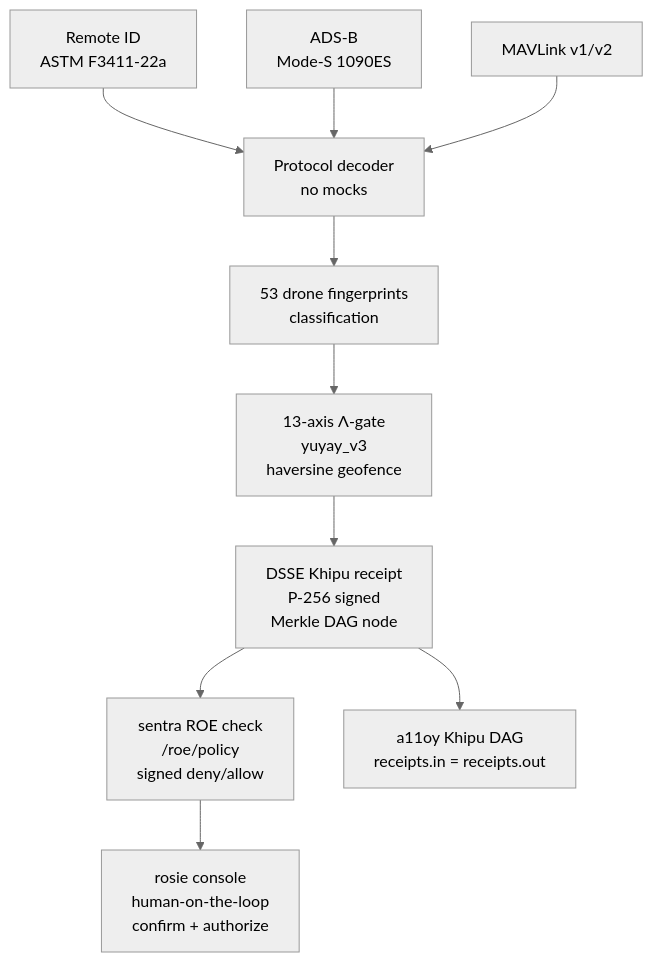
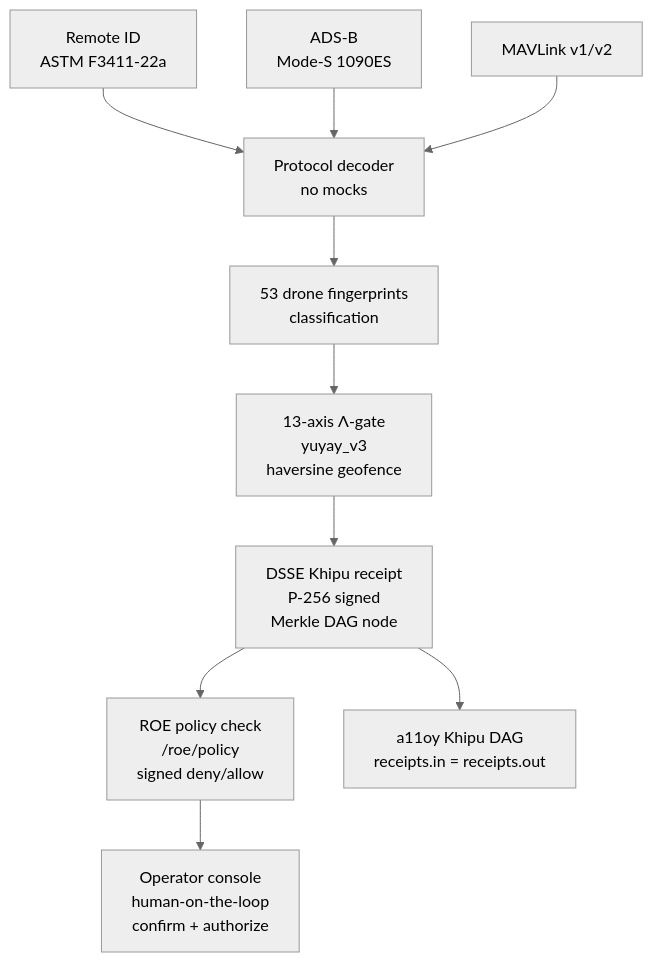
Before and after one commit to szl-holdings/killinchu: the diagram in README.md, drawn with Mermaid (neutral theme). The commit also changed other lines of this file, not shown here.

First line of the commit message:
docs(killinchu): scrub dead-organ refs; relabel ROE/operator/Khipu as generic capabilities

````diff
--- a/README.md
+++ b/README.md
@@ -122,12 +122,12 @@
 ```mermaid
 graph TD
     RID[Remote ID\nASTM F3411-22a] --> DEC[Protocol decoder\nno mocks]
     ADS[ADS-B\nMode-S 1090ES] --> DEC
     MAV[MAVLink v1/v2] --> DEC
     DEC --> FP[53 drone fingerprints\nclassification]
     FP --> GATE[13-axis Λ-gate\nyuyay_v3\nhaversine geofence]
     GATE --> VRD[DSSE Khipu receipt\nP-256 signed\nMerkle DAG node]
-    VRD --> ROE[sentra ROE check\n/roe/policy\nsigned deny/allow]
-    ROE --> ROSIE[rosie console\nhuman-on-the-loop\nconfirm + authorize]
+    VRD --> ROE[ROE policy check\n/roe/policy\nsigned deny/allow]
+    ROE --> OP[Operator console\nhuman-on-the-loop\nconfirm + authorize]
     VRD --> A11[a11oy Khipu DAG\nreceipts.in = receipts.out]
 ```
````
